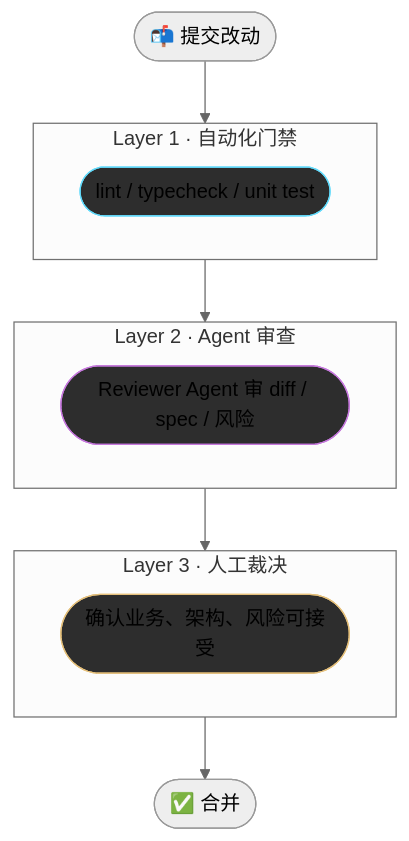
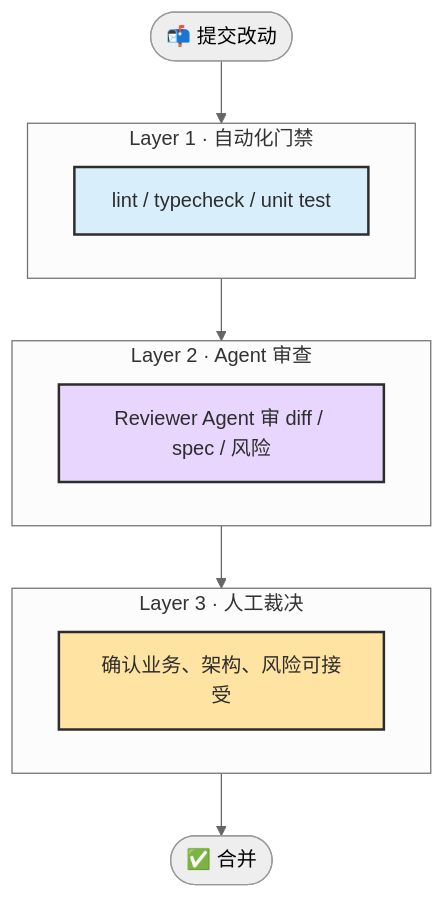
Before and after one commit to zht043/AgenticCodingTutorial: the second of 3 diagrams in docs/chapters/ch12-code-review.md, drawn with Mermaid (neutral theme). The commit also changed other lines of this file and 26 other files, not shown here.

````diff
--- a/docs/chapters/ch12-code-review.md
+++ b/docs/chapters/ch12-code-review.md
@@ -48,20 +63,20 @@
 ```mermaid
 flowchart TB
-    classDef auto fill:#2d2d2d,stroke:#61dafb
-    classDef agent fill:#2d2d2d,stroke:#c678dd
-    classDef human fill:#2d2d2d,stroke:#e5c07b
+    classDef auto fill:#d8eefb,stroke:#2d2d2d,stroke-width:2px,color:#2d2d2d
+    classDef agent fill:#e8d6ff,stroke:#2d2d2d,stroke-width:2px,color:#2d2d2d
+    classDef human fill:#ffe3a3,stroke:#2d2d2d,stroke-width:2px,color:#2d2d2d
 
     PR(["📬 提交改动"]) --> L1 --> L2 --> L3 --> Done(["✅ 合并"])
 
     subgraph L1["Layer 1 · 自动化门禁"]
-        A1(["lint / typecheck / unit test"]):::auto
+        A1["lint / typecheck / unit test"]:::auto
     end
 
     subgraph L2["Layer 2 · Agent 审查"]
-        A2(["Reviewer Agent 审 diff / spec / 风险"]):::agent
+        A2["Reviewer Agent 审 diff / spec / 风险"]:::agent
     end
 
     subgraph L3["Layer 3 · 人工裁决"]
-        A3(["确认业务、架构、风险可接受"]):::human
+        A3["确认业务、架构、风险可接受"]:::human
     end
 ```
````
